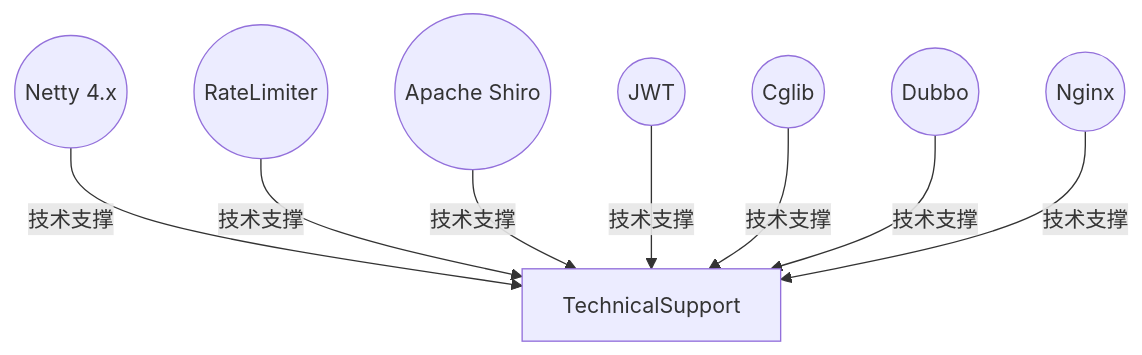
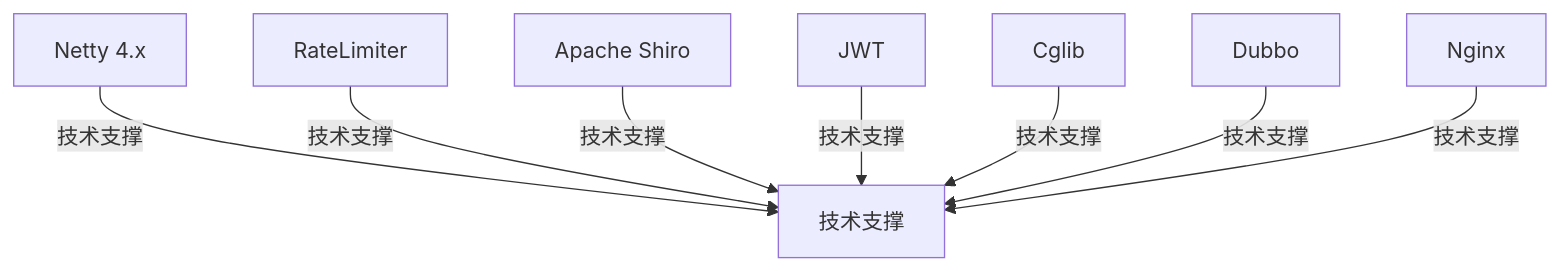
Before and after one commit to kaori-seasons/taobao-api-gateway: the fifth of 8 diagrams in README.md, drawn with Mermaid. The commit also changed other lines of this file and 1 other file, not shown here.

````diff
--- a/README.md
+++ b/README.md
@@ -72,10 +87,19 @@
 ```mermaid
 graph TD
-    Netty4x((Netty 4.x)) -->|技术支撑| TechnicalSupport
-    RateLimiter((RateLimiter)) -->|技术支撑| TechnicalSupport
-    ApacheShiro((Apache Shiro)) -->|技术支撑| TechnicalSupport
-    JWT((JWT)) -->|技术支撑| TechnicalSupport
-    Cglib((Cglib)) -->|技术支撑| TechnicalSupport
-    Dubbo((Dubbo)) -->|技术支撑| TechnicalSupport
-    Nginx((Nginx)) -->|技术支撑| TechnicalSupport
+    Netty4x[Netty 4.x]
+    RateLimiter[RateLimiter]
+    ApacheShiro[Apache Shiro]
+    JWT[JWT]
+    Cglib[Cglib]
+    Dubbo[Dubbo]
+    Nginx[Nginx]
+    TechnicalSupport[技术支撑]
+    
+    Netty4x -->|技术支撑| TechnicalSupport
+    RateLimiter -->|技术支撑| TechnicalSupport
+    ApacheShiro -->|技术支撑| TechnicalSupport
+    JWT -->|技术支撑| TechnicalSupport
+    Cglib -->|技术支撑| TechnicalSupport
+    Dubbo -->|技术支撑| TechnicalSupport
+    Nginx -->|技术支撑| TechnicalSupport
 ```
````
